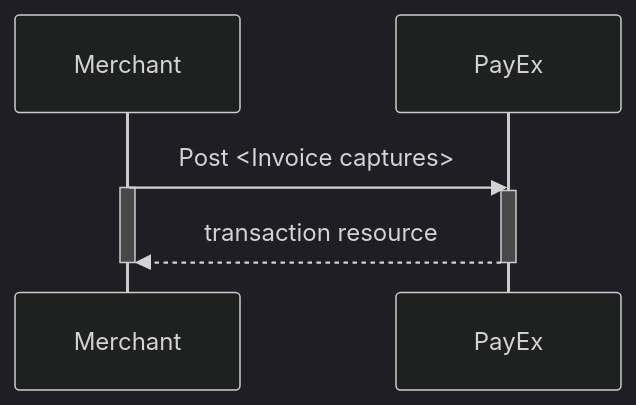
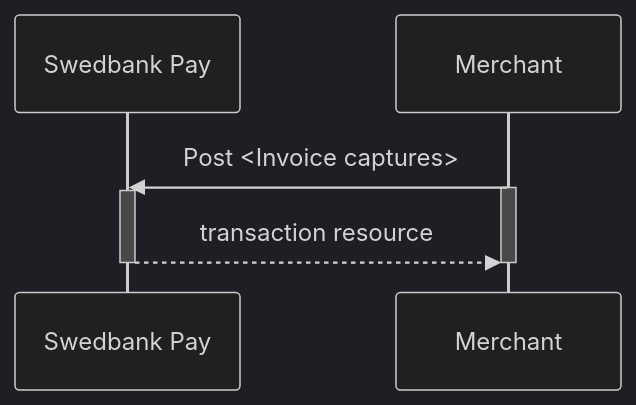
The diagram in payments/invoice/capture.md (SwedbankPay/developer.swedbankpay.com), drawn with Mermaid (dark theme) before and after one commit. The commit also changed 8 other files, not shown here.

Commit message:
DX-1089: Replace PayEx with Swedbank Pay

````diff
--- a/payments/invoice/capture.md
+++ b/payments/invoice/capture.md
@@ -157,10 +157,11 @@
 ```mermaid
 sequenceDiagram
+  participant SwedbankPay as Swedbank Pay
 
-Merchant->>PayEx: Post <Invoice captures>
-activate Merchant
-activate PayEx
-PayEx-->>Merchant: transaction resource
-deactivate Merchant
-deactivate PayEx
+  Merchant->>SwedbankPay: Post <Invoice captures>
+  activate Merchant
+  activate SwedbankPay
+  SwedbankPay-->>Merchant: transaction resource
+  deactivate Merchant
+  deactivate SwedbankPay
 ```
````
